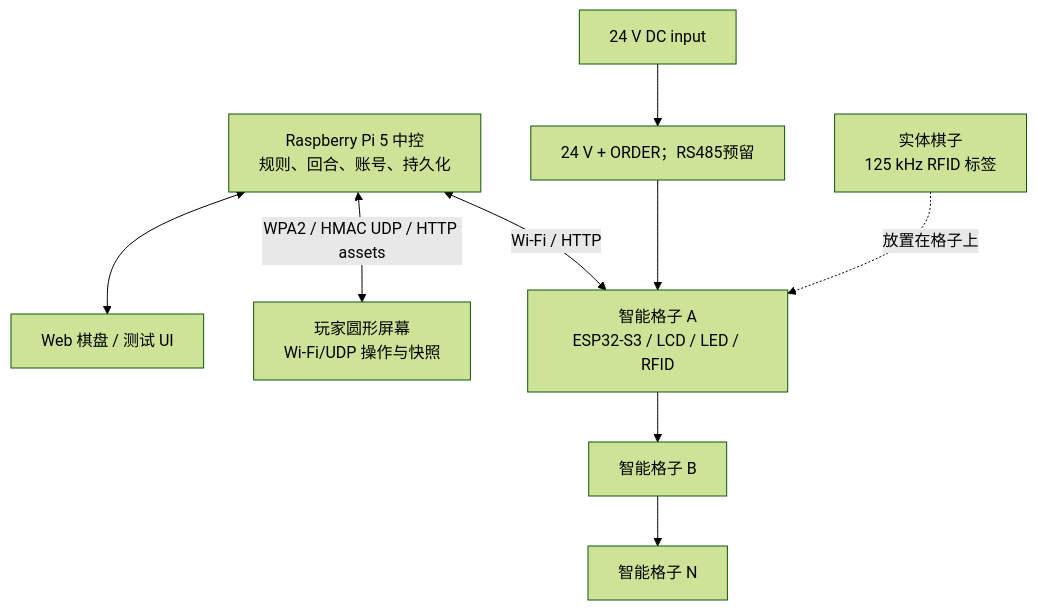
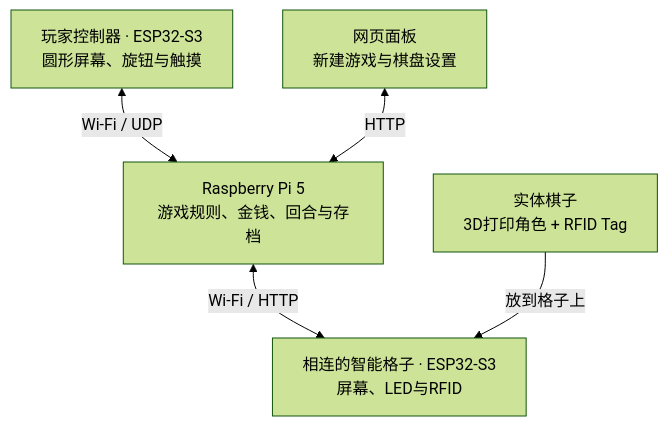
One commit to Ha22yX/Gridopoly changed the diagram in README.zh-CN.md. Above: the diagram before and after it, drawn with Mermaid (forest theme). The commit also changed other lines of this file and 231 other files, not shown here.

````diff
--- a/README.zh-CN.md
+++ b/README.zh-CN.md
@@ -77,20 +105,12 @@
 ```mermaid
 flowchart TB
-    Pi["Raspberry Pi 5 中控<br/>规则、回合、账号、持久化"]
-    Web["Web 棋盘 / 测试 UI"]
-    Console["玩家圆形屏幕<br/>Wi-Fi/UDP 操作与快照"]
-    Bus["24 V + ORDER；RS485预留"]
-    TileA["智能格子 A<br/>ESP32-S3 / LCD / LED / RFID"]
-    TileB["智能格子 B"]
-    TileN["智能格子 N"]
-    Piece["实体棋子<br/>125 kHz RFID 标签"]
-
-    Pi <--> Web
-    Pi <-->|"WPA2 / HMAC UDP / HTTP assets"| Console
-    Power["24 V DC input"] --> Bus
-    Pi <-->|"Wi-Fi / HTTP"| TileA
-    Bus --> TileA
-    TileA --> TileB
-    TileB --> TileN
-    Piece -. 放置在格子上 .-> TileA
+    Players["玩家控制器 · ESP32-S3<br/>圆形屏幕、旋钮与触摸"]
+    Pi["Raspberry Pi 5<br/>游戏规则、金钱、回合与存档"]
+    Web["网页面板<br/>新建游戏与棋盘设置"]
+    Tiles["相连的智能格子 · ESP32-S3<br/>屏幕、LED与RFID"]
+    Pieces["实体棋子<br/>3D打印角色 + RFID Tag"]
+    Players <-->|Wi-Fi / UDP| Pi
+    Web <-->|HTTP| Pi
+    Pi <-->|Wi-Fi / HTTP| Tiles
+    Pieces -->|放到格子上| Tiles
 ```
````
